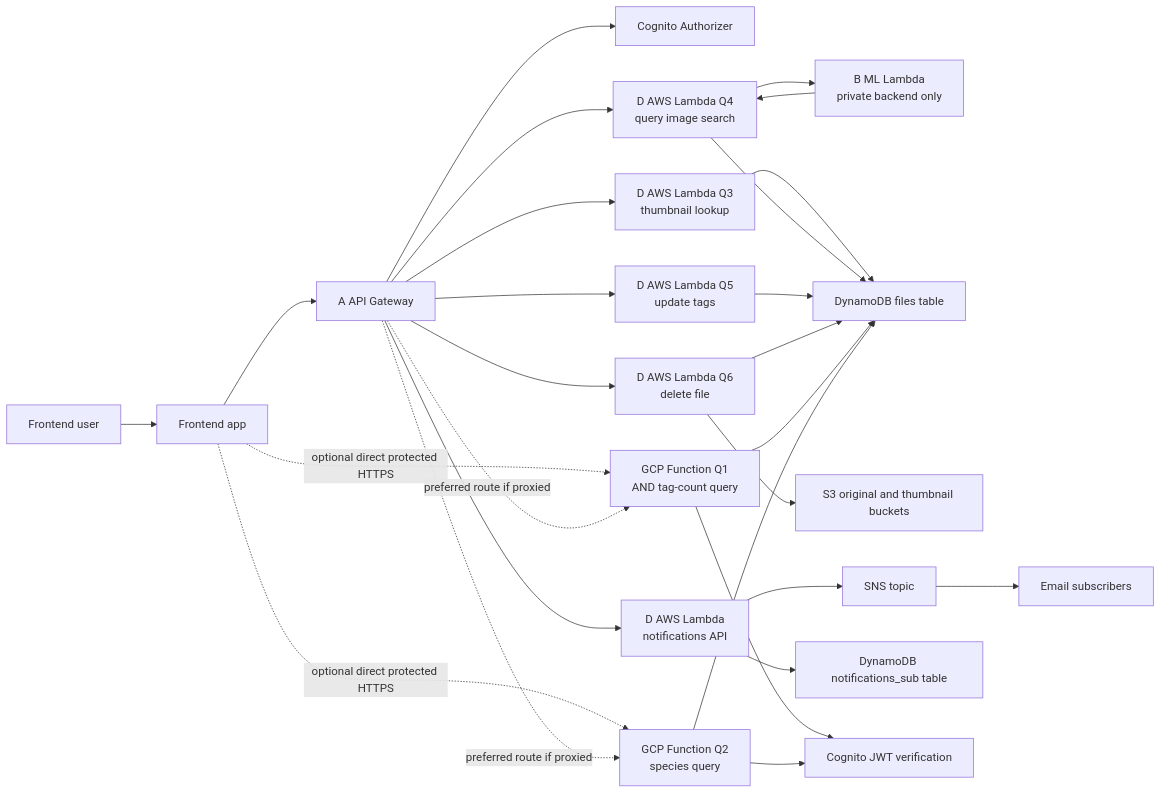
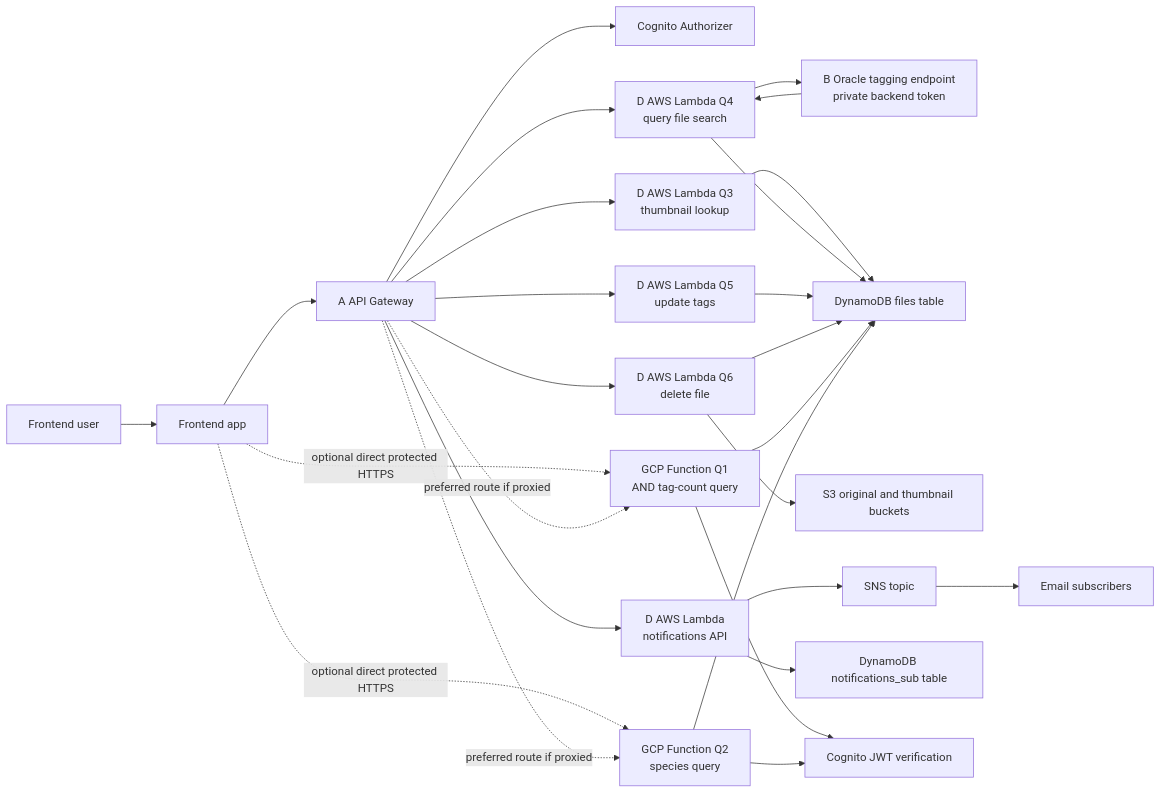
One commit to robin90339116-ops/AussieEcoLens changed the diagram in docs/architecture.md. Above: the diagram before and after it, drawn with Mermaid. The commit also changed other lines of this file and 19 other files, not shown here.

````diff
--- a/docs/architecture.md
+++ b/docs/architecture.md
@@ -6,35 +6,35 @@
 ```mermaid
 flowchart LR
     User["Frontend user"] --> FE["Frontend app"]
     FE --> APIGW["A API Gateway"]
     APIGW --> Auth["Cognito Authorizer"]
 
     APIGW --> Q3["D AWS Lambda Q3\nthumbnail lookup"]
-    APIGW --> Q4["D AWS Lambda Q4\nquery image search"]
+    APIGW --> Q4["D AWS Lambda Q4\nquery file search"]
     APIGW --> Q5["D AWS Lambda Q5\nupdate tags"]
     APIGW --> Q6["D AWS Lambda Q6\ndelete file"]
     APIGW --> NotifyApi["D AWS Lambda\nnotifications API"]
 
-    Q4 --> BML["B ML Lambda\nprivate backend only"]
-    BML --> Q4
+    Q4 --> Oracle["B Oracle tagging endpoint\nprivate backend token"]
+    Oracle --> Q4
 
     Q3 --> DB["DynamoDB files table"]
     Q4 --> DB
     Q5 --> DB
     Q6 --> DB
     Q6 --> S3["S3 original and thumbnail buckets"]
 
     NotifyApi --> SNS["SNS topic"]
     SNS --> Email["Email subscribers"]
     NotifyApi --> SubDB["DynamoDB notifications_sub table"]
 
     FE -. optional direct protected HTTPS .-> GCPQ1["GCP Function Q1\nAND tag-count query"]
     FE -. optional direct protected HTTPS .-> GCPQ2["GCP Function Q2\nspecies query"]
     APIGW -. preferred route if proxied .-> GCPQ1
     APIGW -. preferred route if proxied .-> GCPQ2
 
     GCPQ1 --> GcpJwt["Cognito JWT verification"]
     GCPQ2 --> GcpJwt
     GCPQ1 --> DB
     GCPQ2 --> DB
 ```
````
